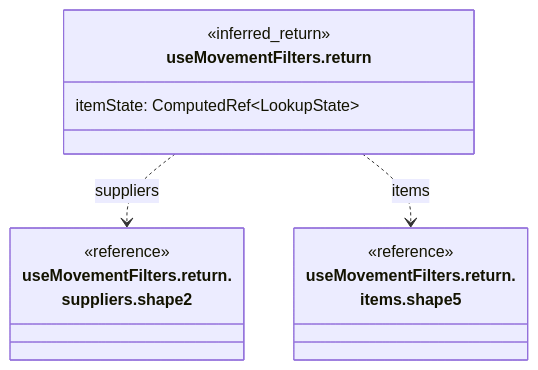
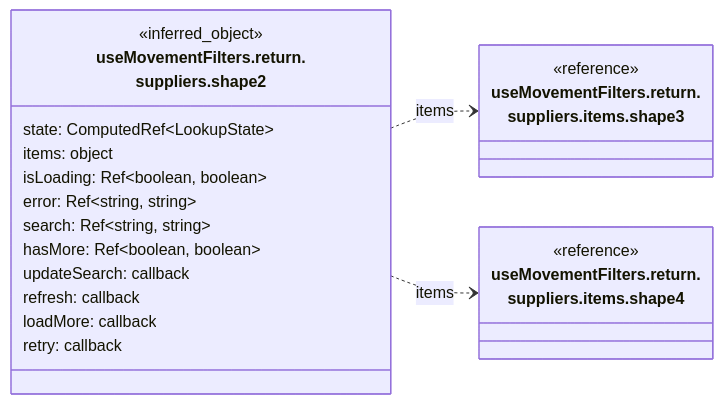
One commit to gpgsistemas01/nexus changed diagram 13 of 27 in front/docs/architecture/views/logical/type-reference/movements.md. Above: the diagram before and after it, drawn with Mermaid. The commit also changed other lines of this file and 37 other files, not shown here.

Commit message:
docs: depurar diagramas y conservar contratos propios del frontend

````diff
--- a/front/docs/architecture/views/logical/type-reference/movements.md
+++ b/front/docs/architecture/views/logical/type-reference/movements.md
@@ -439,16 +457,25 @@
 ```mermaid
 classDiagram
-    direction TB
-    class Subject["useMovementFilters.return"] {
-        <<inferred_return>>
-        itemState: ComputedRef~LookupState~
+    direction LR
+    class Subject["useMovementFilters.return.<br/>suppliers.shape2"] {
+        <<inferred_object>>
+        state: ComputedRef~LookupState~
+        items: object
+        isLoading: Ref~boolean, boolean~
+        error: Ref~string, string~
+        search: Ref~string, string~
+        hasMore: Ref~boolean, boolean~
+        updateSearch: callback
+        refresh: callback
+        loadMore: callback
+        retry: callback
     }
-    class R0["useMovementFilters.return.<br/>suppliers.shape2"] {
+    class R0["useMovementFilters.return.<br/>suppliers.items.shape3"] {
         <<reference>>
     }
-    class R1["useMovementFilters.return.<br/>items.shape5"] {
+    class R1["useMovementFilters.return.<br/>suppliers.items.shape4"] {
         <<reference>>
     }
-    Subject ..> R0 : suppliers
+    Subject ..> R0 : items
     Subject ..> R1 : items
 ```
````
